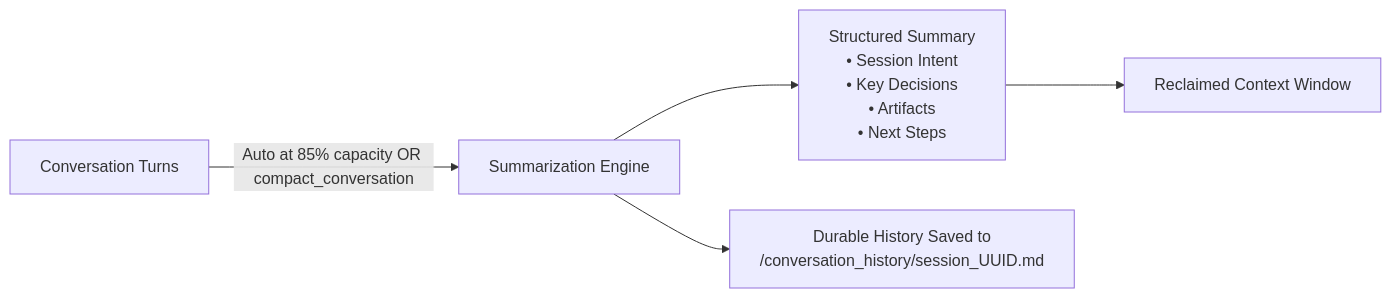
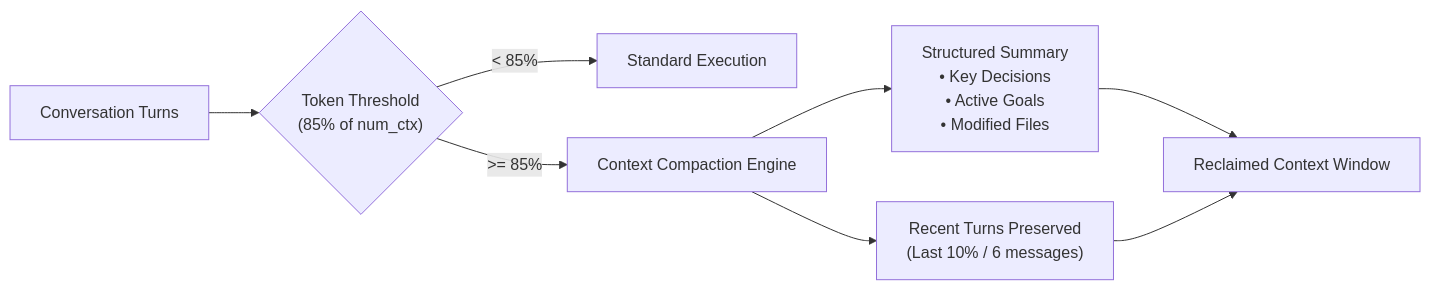
The second of 3 diagrams in docs/architecture.md (arrase/ollama-agent), drawn with Mermaid before and after one commit. The commit also changed other lines of this file and 10 other files, not shown here.

````diff
--- a/docs/architecture.md
+++ b/docs/architecture.md
@@ -114,7 +98,9 @@
 ```mermaid
 flowchart LR
-    A["Conversation Turns"] -->|Auto at 85% capacity OR compact_conversation| B["Summarization Engine"]
-    B --> C["Structured Summary\n• Session Intent\n• Key Decisions\n• Artifacts\n• Next Steps"]
-    B --> D["Durable History Saved to\n/conversation_history/session_UUID.md"]
-    C --> E["Reclaimed Context Window"]
+    A["Conversation Turns"] --> B{"Token Threshold\n(85% of num_ctx)"}
+    B -- "< 85%" --> C["Standard Execution"]
+    B -- ">= 85%" --> D["Context Compaction Engine"]
+    D --> E["Structured Summary\n• Key Decisions\n• Active Goals\n• Modified Files"]
+    D --> F["Recent Turns Preserved\n(Last 10% / 6 messages)"]
+    E & F --> G["Reclaimed Context Window"]
 ```
````
